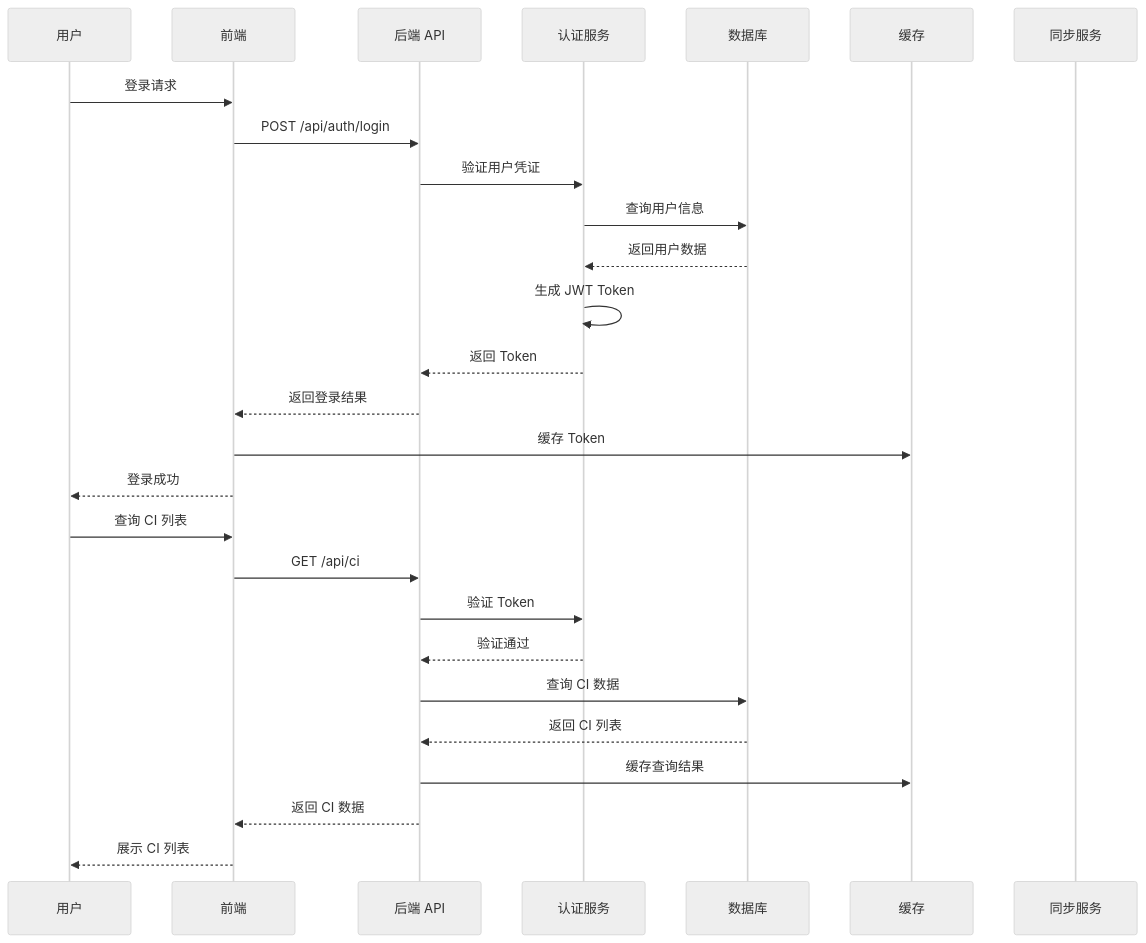
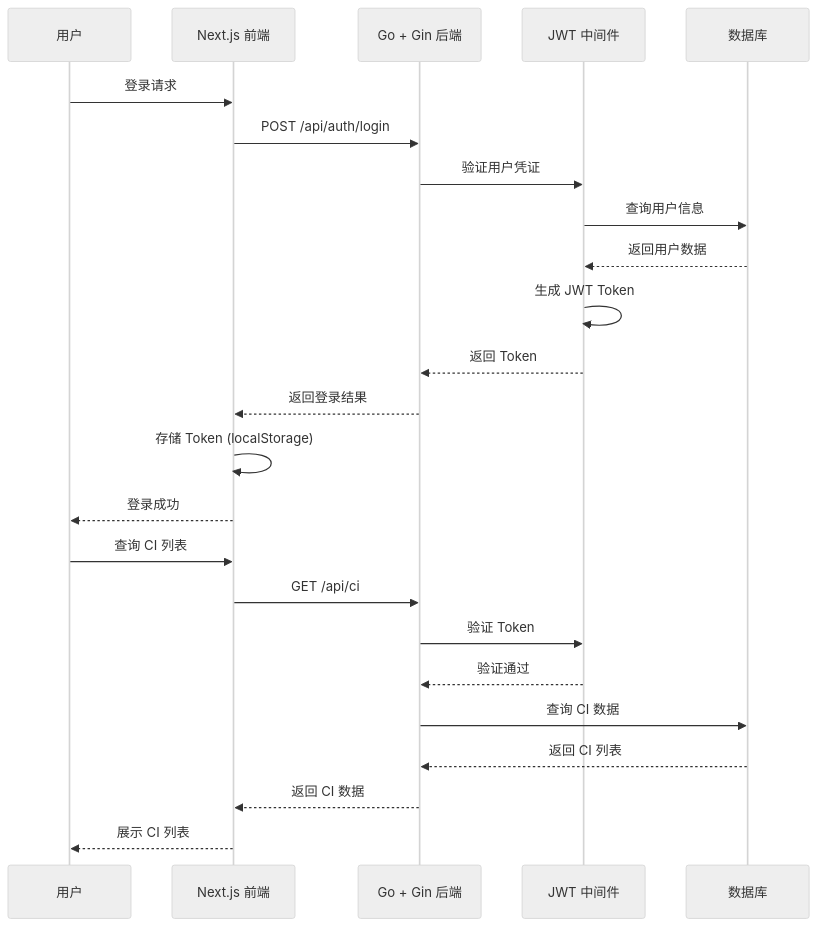
The second of 5 diagrams in docs/architecture.md (buhaiqing/cmdb-web-reactjs), drawn with Mermaid (neutral theme) before and after one commit. The commit also changed other lines of this file and 7 other files, not shown here.

First line of the commit message:
fix: correct AGENTS.md factual drift + rewrite architecture.md + remove stale tests/README.md

````diff
--- a/docs/architecture.md
+++ b/docs/architecture.md
@@ -234,31 +148,28 @@
 ```mermaid
 sequenceDiagram
     participant User as 用户
-    participant FE as 前端
-    participant BE as 后端 API
-    participant Auth as 认证服务
+    participant FE as Next.js 前端
+    participant BE as Go + Gin 后端
+    participant Auth as JWT 中间件
     participant DB as 数据库
-    participant Redis as 缓存
-    participant Sync as 同步服务
 
     User->>FE: 登录请求
     FE->>BE: POST /api/auth/login
     BE->>Auth: 验证用户凭证
     Auth->>DB: 查询用户信息
     DB-->>Auth: 返回用户数据
     Auth->>Auth: 生成 JWT Token
     Auth-->>BE: 返回 Token
     BE-->>FE: 返回登录结果
-    FE->>Redis: 缓存 Token
+    FE->>FE: 存储 Token (localStorage)
     FE-->>User: 登录成功
 
     User->>FE: 查询 CI 列表
     FE->>BE: GET /api/ci
     BE->>Auth: 验证 Token
     Auth-->>BE: 验证通过
     BE->>DB: 查询 CI 数据
     DB-->>BE: 返回 CI 列表
-    BE->>Redis: 缓存查询结果
     BE-->>FE: 返回 CI 数据
     FE-->>User: 展示 CI 列表
 ```
````
